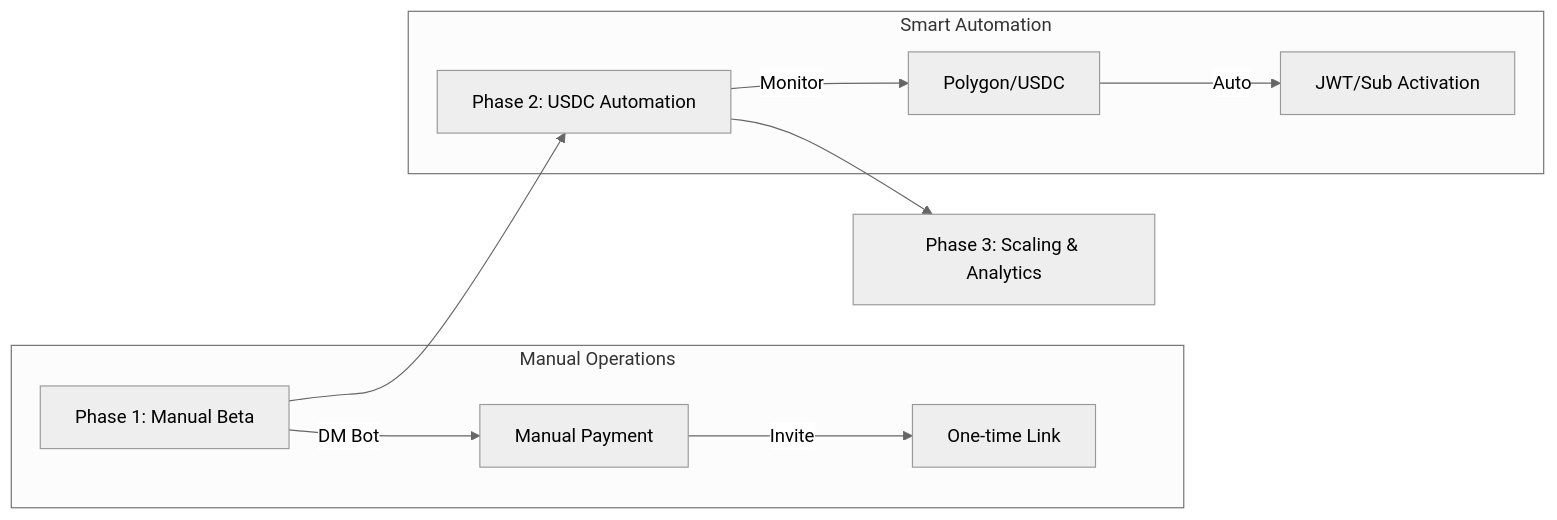
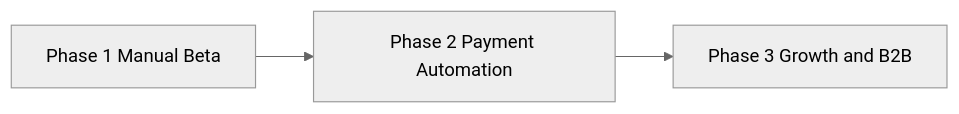
One commit to ivanmladek/PolyWeather changed the second of 2 diagrams in docs/COMMERCIALIZATION.md. Above: the diagram before and after it, drawn with Mermaid (neutral theme). The commit also changed other lines of this file and 5 other files, not shown here.

````diff
--- a/docs/COMMERCIALIZATION.md
+++ b/docs/COMMERCIALIZATION.md
@@ -30,15 +60,5 @@
 ```mermaid
 graph LR
-    P1[Phase 1: Manual Beta] --> P2[Phase 2: USDC Automation]
-    P2 --> P3[Phase 3: Scaling & Analytics]
-
-    subgraph P1_Detail [Manual Operations]
-        P1 -->|DM Bot| Pay[Manual Payment]
-        Pay -->|Invite| Link[One-time Link]
-    end
-
-    subgraph P2_Detail [Smart Automation]
-        P2 -->|Monitor| Chain[Polygon/USDC]
-        Chain -->|Auto| Access[JWT/Sub Activation]
-    end
+    P1[Phase 1 Manual Beta] --> P2[Phase 2 Payment Automation]
+    P2 --> P3[Phase 3 Growth and B2B]
 ```
````
